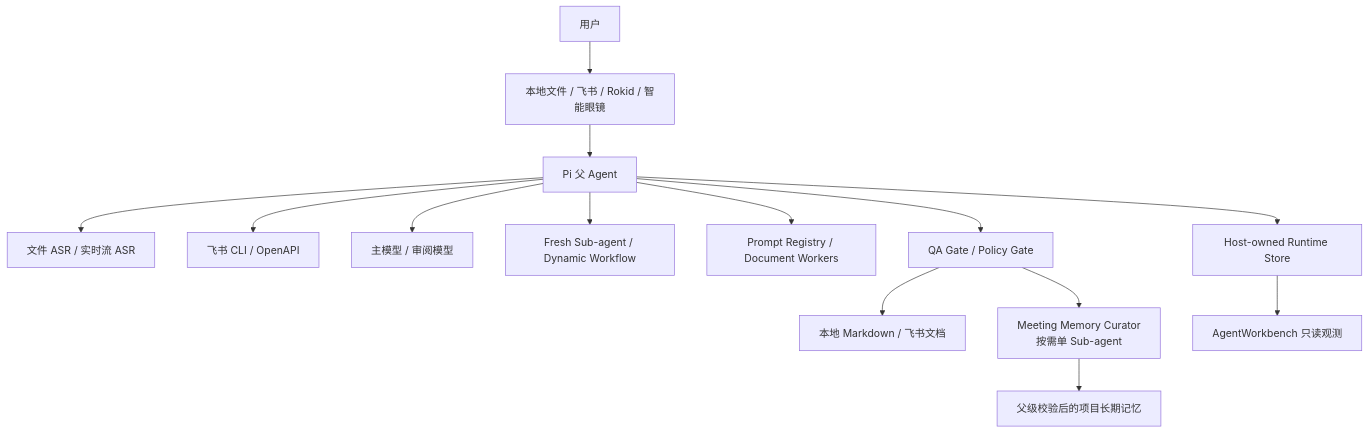
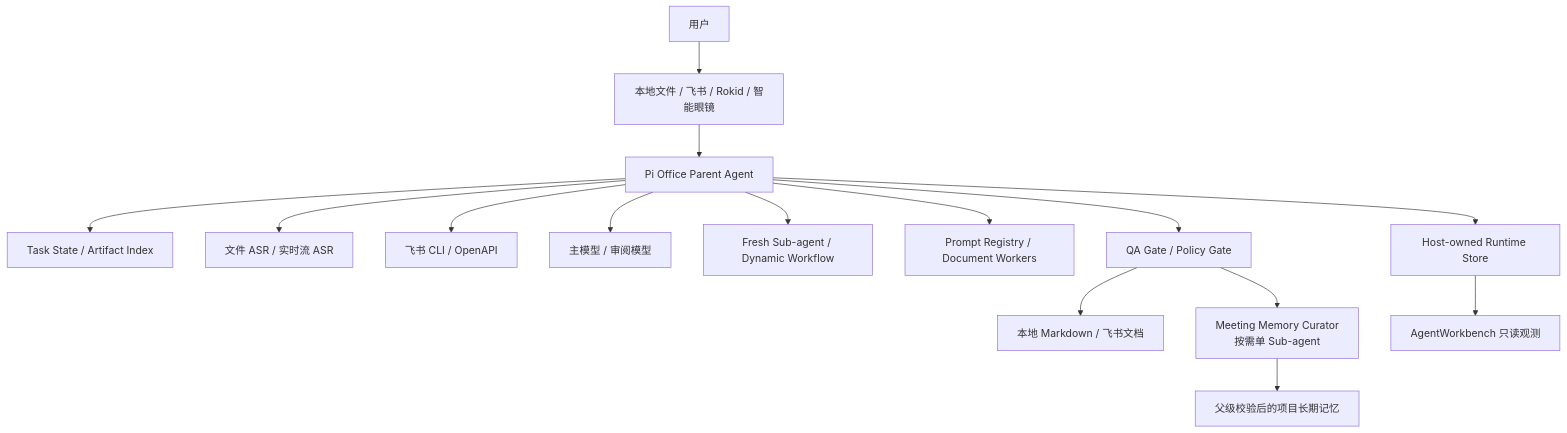
Before and after one commit to DESONGs/assignment-agent: the first of 9 diagrams in wiki/02-agent-architecture.md, drawn with Mermaid. The commit also changed other lines of this file and 33 other files, not shown here.

Commit message:
feat: evolve meeting agent into office agent

````diff
--- a/wiki/02-agent-architecture.md
+++ b/wiki/02-agent-architecture.md
@@ -20,16 +22,17 @@
 ```mermaid
 flowchart TB
     User["用户"] --> Channels["本地文件 / 飞书 / Rokid / 智能眼镜"]
-    Channels --> Parent["Pi 父 Agent"]
+    Channels --> Parent["Pi Office Parent Agent"]
+    Parent --> Task["Task State / Artifact Index"]
     Parent --> Media["文件 ASR / 实时流 ASR"]
     Parent --> Lark["飞书 CLI / OpenAPI"]
     Parent --> Models["主模型 / 审阅模型"]
     Parent --> Children["Fresh Sub-agent / Dynamic Workflow"]
     Parent --> Docs["Prompt Registry / Document Workers"]
     Parent --> Store["Host-owned Runtime Store"]
     Parent --> QA["QA Gate / Policy Gate"]
     QA --> Delivery["本地 Markdown / 飞书文档"]
     QA --> Curator["Meeting Memory Curator\n按需单 Sub-agent"]
     Curator --> Memory["父级校验后的项目长期记忆"]
     Store --> Workbench["AgentWorkbench 只读观测"]
 ```
````
